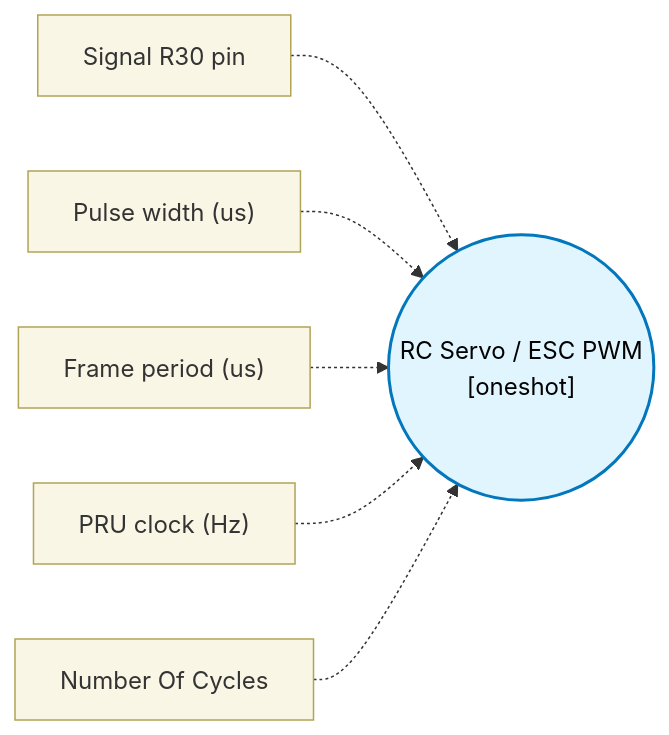
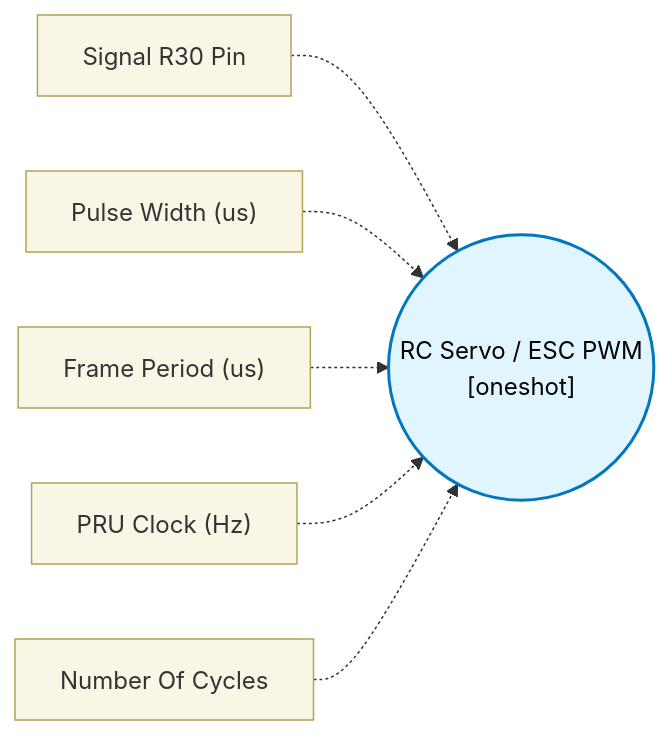
One commit to TexasInstruments/pru-no-code-tool changed the diagram in docs/block-reference/blocks/servo_block/design.md. Above: the diagram before and after it, drawn with Mermaid. The commit also changed other lines of this file and 89 other files, not shown here.

````diff
--- a/docs/block-reference/blocks/servo_block/design.md
+++ b/docs/block-reference/blocks/servo_block/design.md
@@ -11,11 +11,11 @@
 ```mermaid
 flowchart LR
   classDef config fill:#f9f6e5,stroke:#b1a457,stroke-width:1px,color:#333;
   classDef core fill:#e1f5fe,stroke:#0277bd,stroke-width:2px,color:#000;
   CORE(("RC Servo / ESC PWM\n[oneshot]")):::core
-  CFG0["Signal R30 pin"]:::config -.-> CORE
-  CFG1["Pulse width (us)"]:::config -.-> CORE
-  CFG2["Frame period (us)"]:::config -.-> CORE
-  CFG3["PRU clock (Hz)"]:::config -.-> CORE
+  CFG0["Signal R30 Pin"]:::config -.-> CORE
+  CFG1["Pulse Width (us)"]:::config -.-> CORE
+  CFG2["Frame Period (us)"]:::config -.-> CORE
+  CFG3["PRU Clock (Hz)"]:::config -.-> CORE
   CFG4["Number Of Cycles"]:::config -.-> CORE
 ```
````
